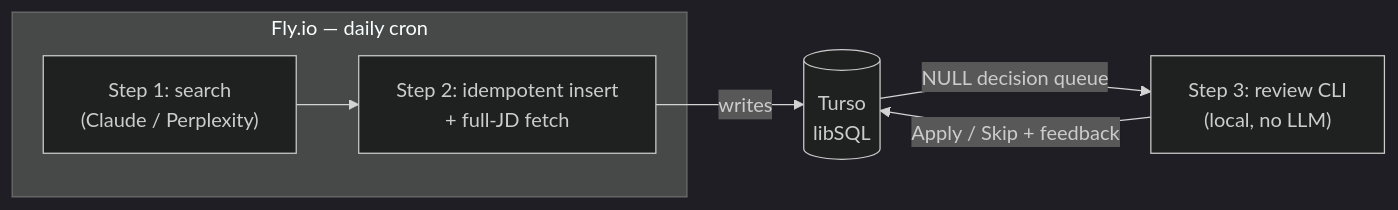
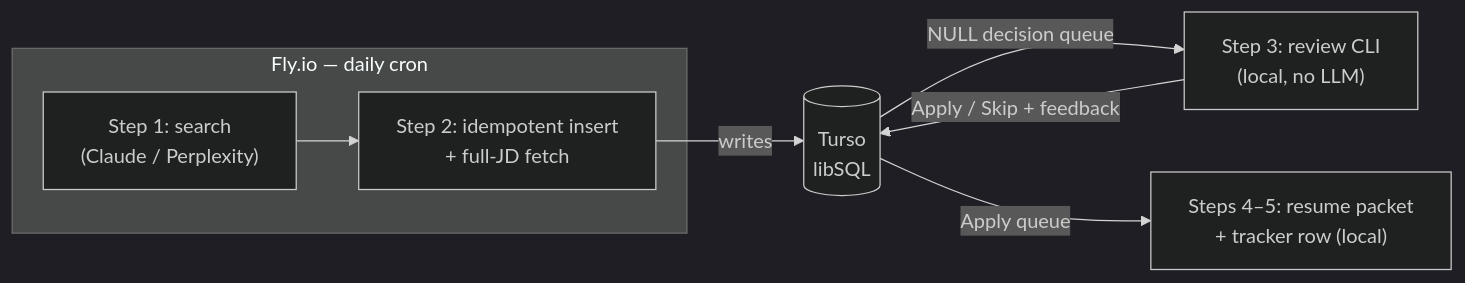
The diagram in README.md (nickybell/job_search_agent), drawn with Mermaid (dark theme) before and after one commit. The commit also changed other lines of this file and 33 other files, not shown here.

````diff
--- a/README.md
+++ b/README.md
@@ -29,9 +27,10 @@
 ```mermaid
 flowchart LR
     subgraph Cloud ["Fly.io — daily cron"]
         S["Step 1: search\n(Claude / Perplexity)"] --> I["Step 2: idempotent insert\n+ full-JD fetch"]
     end
     I -->|writes| DB[("Turso\nlibSQL")]
     DB -->|NULL decision queue| R["Step 3: review CLI\n(local, no LLM)"]
     R -->|Apply / Skip + feedback| DB
+    DB -->|Apply queue| G["Steps 4–5: resume packet\n+ tracker row (local)"]
 ```
````
